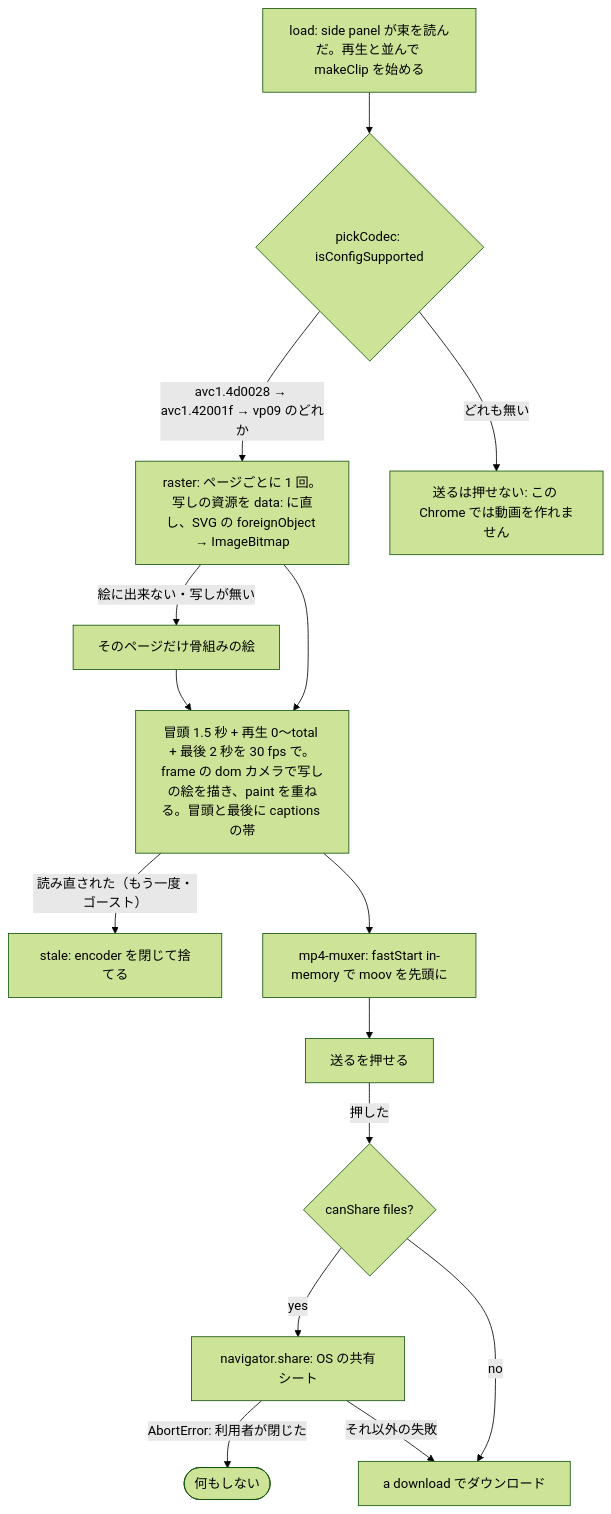
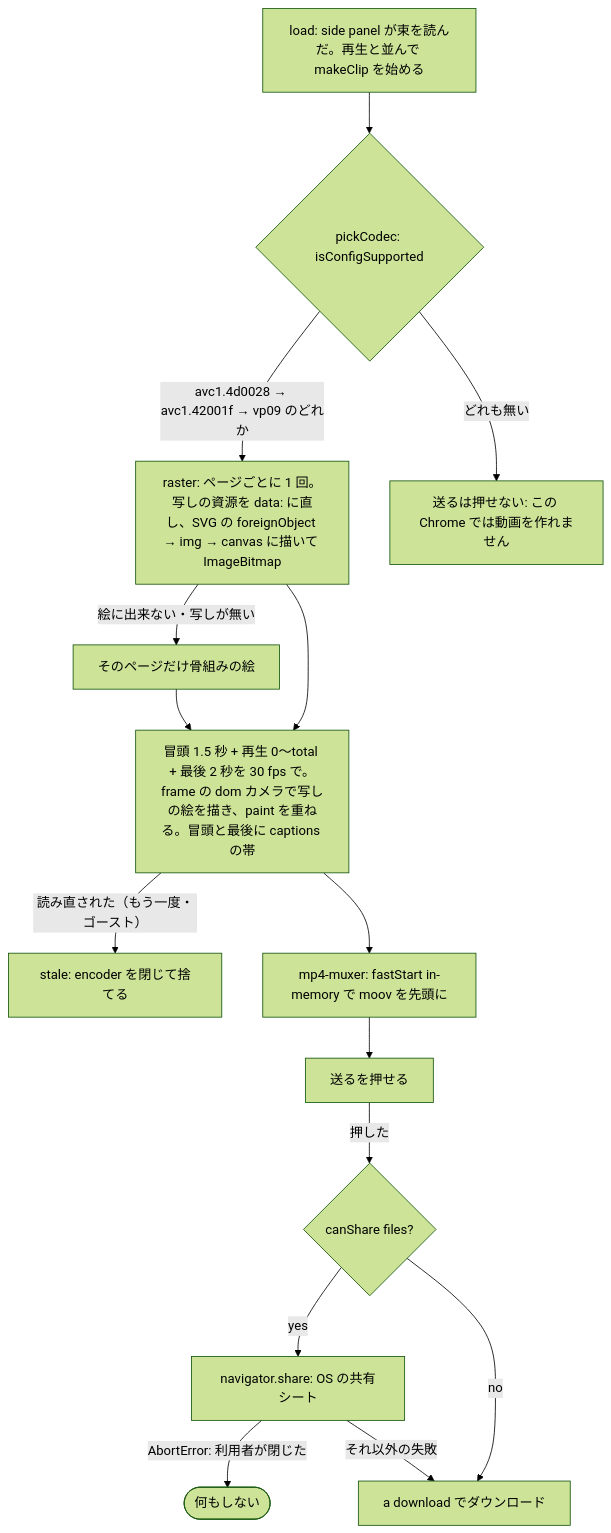
One commit to shibu003/sakki changed the sixth of 6 diagrams in docs/diagrams.md. Above: the diagram before and after it, drawn with Mermaid (forest theme). The commit also changed other lines of this file and 6 other files, not shown here.

````diff
--- a/docs/diagrams.md
+++ b/docs/diagrams.md
@@ -131,17 +131,17 @@
 ```mermaid
 flowchart TD
     load[load: side panel が束を読んだ。再生と並んで makeClip を始める] --> pick{pickCodec: isConfigSupported}
-    pick -- avc1.4d0028 → avc1.42001f → vp09 のどれか --> raster[raster: ページごとに 1 回。写しの資源を data: に直し、SVG の foreignObject → ImageBitmap]
+    pick -- avc1.4d0028 → avc1.42001f → vp09 のどれか --> raster[raster: ページごとに 1 回。写しの資源を data: に直し、SVG の foreignObject → img → canvas に描いて ImageBitmap]
     pick -- どれも無い --> noCodec[送るは押せない: この Chrome では動画を作れません]
     raster -- 絵に出来ない・写しが無い --> skel[そのページだけ骨組みの絵]
     raster --> frames[冒頭 1.5 秒 + 再生 0〜total + 最後 2 秒を 30 fps で。frame の dom カメラで写しの絵を描き、paint を重ねる。冒頭と最後に captions の帯]
     skel --> frames
     frames -- 読み直された（もう一度・ゴースト）--> stale[stale: encoder を閉じて捨てる]
     frames --> mux[mp4-muxer: fastStart in-memory で moov を先頭に]
     mux --> ready[送るを押せる]
     ready -- 押した --> canShare{canShare files?}
     canShare -- yes --> share[navigator.share: OS の共有シート]
     canShare -- no --> download[a download でダウンロード]
     share -- AbortError: 利用者が閉じた --> done([何もしない])
     share -- それ以外の失敗 --> download
 ```
````
